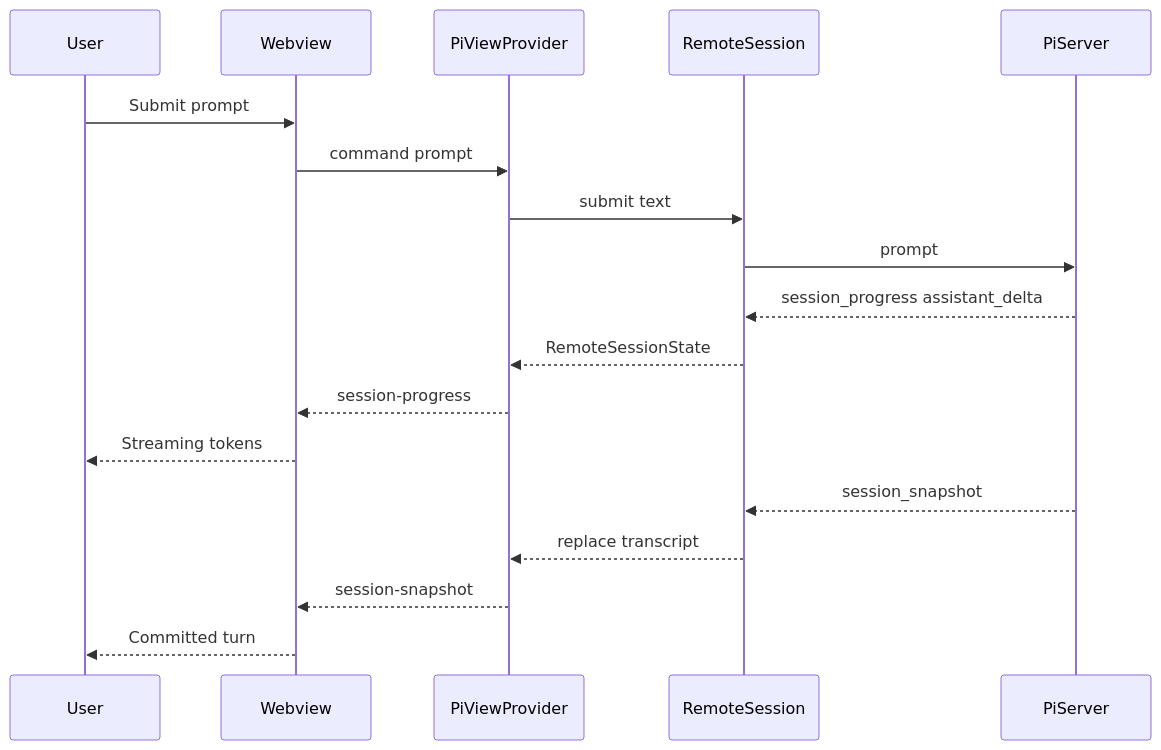
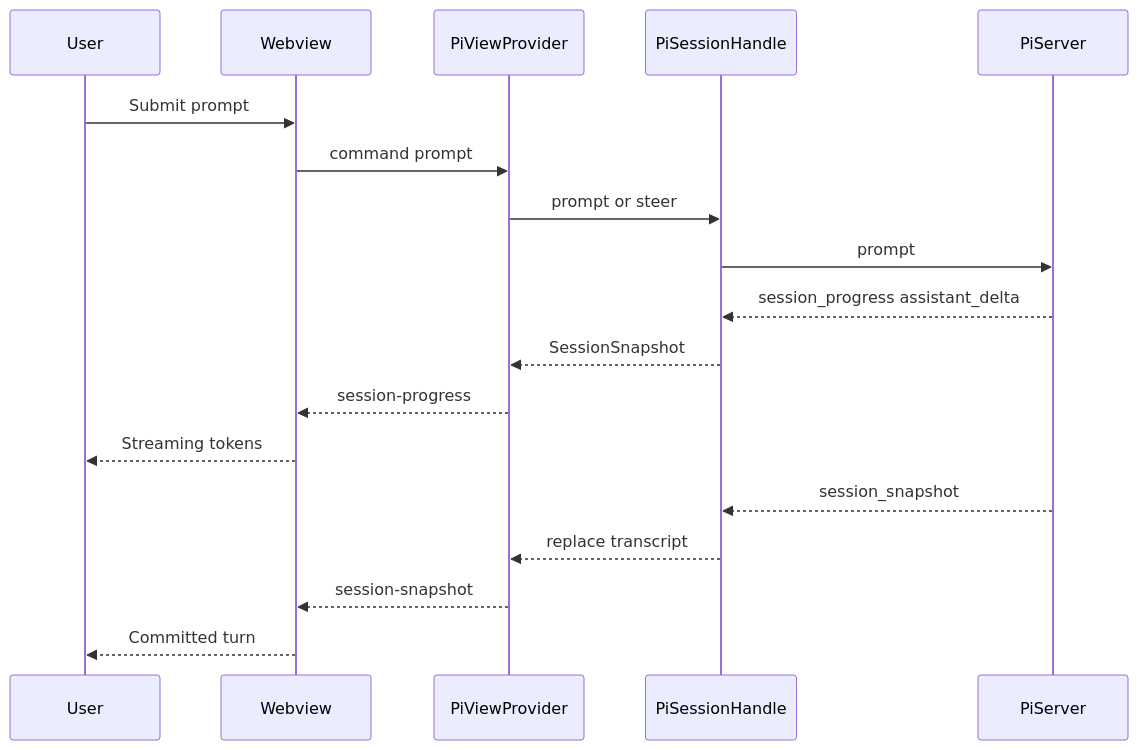
Before and after one commit to tanishqkancharla/pi-gui-vscode: the second of 3 diagrams in specs/pi-gui.md, drawn with Mermaid. The commit also changed other lines of this file and 8 other files, not shown here.

````diff
--- a/specs/pi-gui.md
+++ b/specs/pi-gui.md
@@ -20,20 +20,20 @@
 ```mermaid
 sequenceDiagram
     participant User
     participant UI as Webview
     participant Host as PiViewProvider
-    participant Remote as RemoteSession
+    participant Remote as PiSessionHandle
     participant Srv as PiServer
     User->>UI: Submit prompt
     UI->>Host: command prompt
-    Host->>Remote: submit text
+    Host->>Remote: prompt or steer
     Remote->>Srv: prompt
     Srv-->>Remote: session_progress assistant_delta
-    Remote-->>Host: RemoteSessionState
+    Remote-->>Host: SessionSnapshot
     Host-->>UI: session-progress
     UI-->>User: Streaming tokens
     Srv-->>Remote: session_snapshot
     Remote-->>Host: replace transcript
     Host-->>UI: session-snapshot
     UI-->>User: Committed turn
 ```
````
